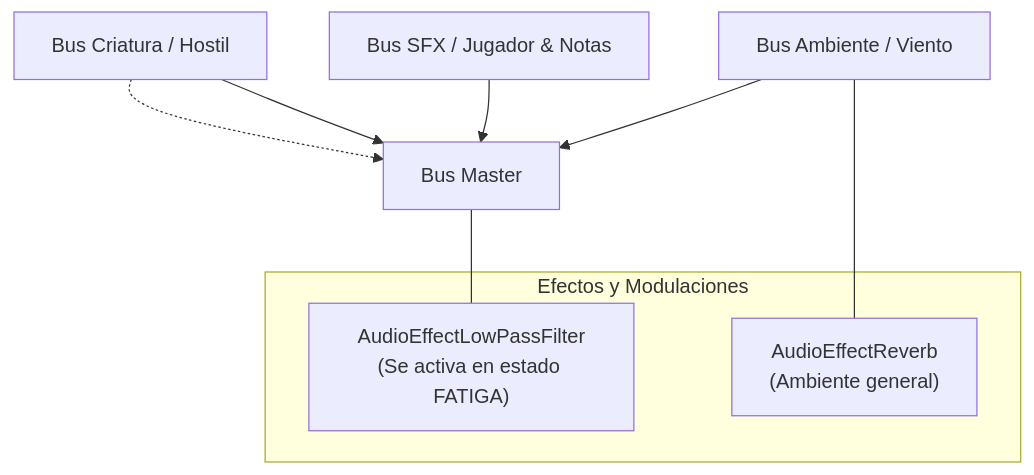
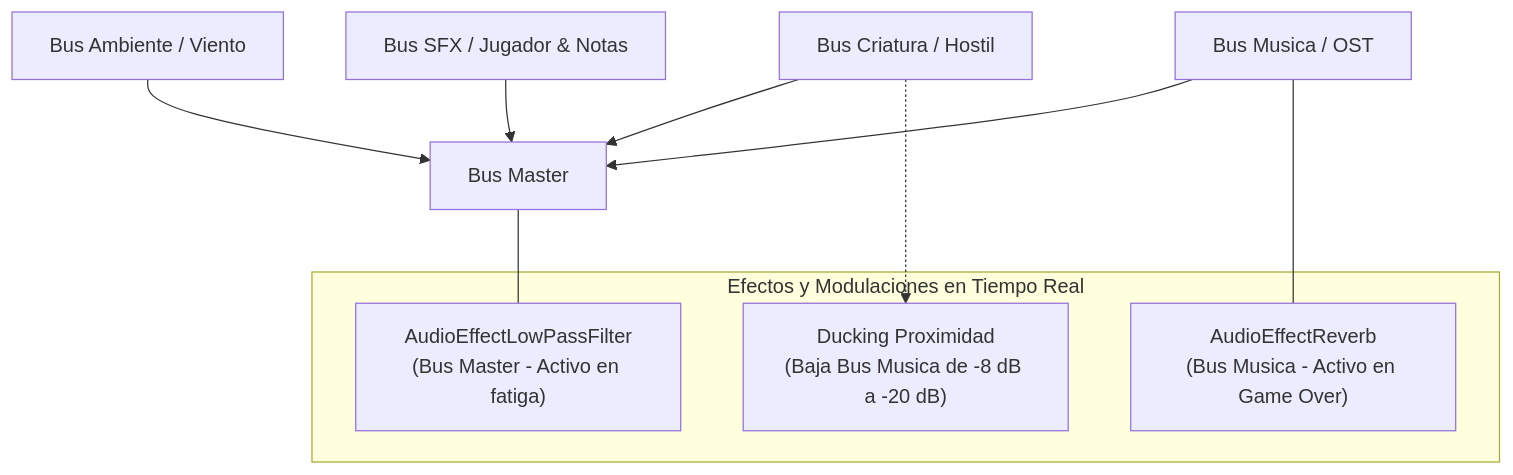
Before and after one commit to EmGamex/vosque: the diagram in docs/interfaz_y_audio/audio_y_feedback.md, drawn with Mermaid. The commit also changed other lines of this file and 8 other files, not shown here.

Commit message:
docs(audio): documentar sistema de musica interactiva e ignorar carpeta de musica

````diff
--- a/docs/interfaz_y_audio/audio_y_feedback.md
+++ b/docs/interfaz_y_audio/audio_y_feedback.md
@@ -22,16 +26,18 @@
 ```mermaid
 flowchart TD
     Master[Bus Master]
     Ambiente[Bus Ambiente / Viento] --> Master
     Efectos[Bus SFX / Jugador & Notas] --> Master
     Criatura[Bus Criatura / Hostil] --> Master
+    Musica[Bus Musica / OST] --> Master
 
-    subgraph Modulaciones ["Efectos y Modulaciones"]
-        FiltroFatiga["AudioEffectLowPassFilter<br/>(Se activa en estado FATIGA)"]
-        ReverbBosque["AudioEffectReverb<br/>(Ambiente general)"]
+    subgraph Modulaciones ["Efectos y Modulaciones en Tiempo Real"]
+        FiltroFatiga["AudioEffectLowPassFilter<br/>(Bus Master - Activo en fatiga)"]
+        ReverbGameOver["AudioEffectReverb<br/>(Bus Musica - Activo en Game Over)"]
+        DuckingCriatura["Ducking Proximidad<br/>(Baja Bus Musica de -8 dB a -20 dB)"]
     end
 
-    Criatura -.-> Master
     Master --- FiltroFatiga
-    Ambiente --- ReverbBosque
+    Musica --- ReverbGameOver
+    Criatura -.-> DuckingCriatura
 ```
````
